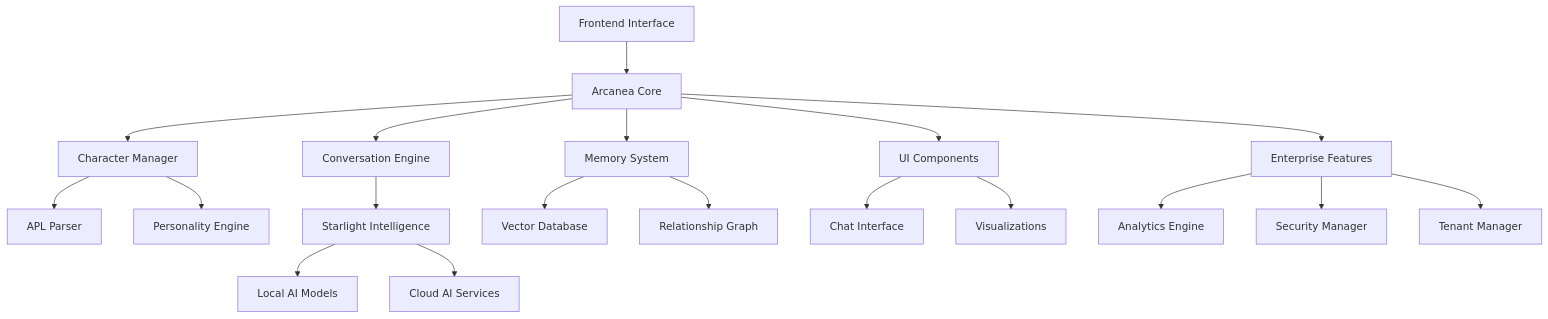
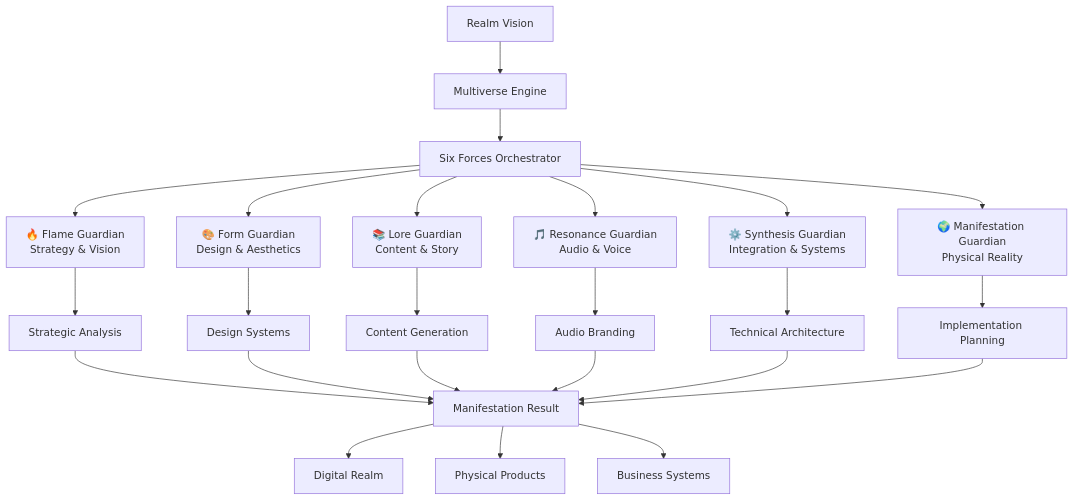
Before and after one commit to frankxai/arcanea-core: the diagram in packages/docs/src/README.md, drawn with Mermaid. The commit also changed other lines of this file and 64 other files, not shown here.

````diff
--- a/packages/docs/src/README.md
+++ b/packages/docs/src/README.md
@@ -73,26 +95,30 @@
 ```mermaid
 graph TB
-    A[Frontend Interface] --> B[Arcanea Core]
-    B --> C[Character Manager]
-    B --> D[Conversation Engine]
-    B --> E[Memory System]
+    A[Realm Vision] --> B[Multiverse Engine]
+    B --> C[Six Forces Orchestrator]
     
-    C --> F[APL Parser]
-    C --> G[Personality Engine]
+    C --> D[🔥 Flame Guardian<br/>Strategy & Vision]
+    C --> E[🎨 Form Guardian<br/>Design & Aesthetics]
+    C --> F[📚 Lore Guardian<br/>Content & Story]
+    C --> G[🎵 Resonance Guardian<br/>Audio & Voice]
+    C --> H[⚙️ Synthesis Guardian<br/>Integration & Systems]
+    C --> I[🌍 Manifestation Guardian<br/>Physical Reality]
     
-    D --> H[Starlight Intelligence]
-    H --> I[Local AI Models]
-    H --> J[Cloud AI Services]
+    D --> J[Strategic Analysis]
+    E --> K[Design Systems]
+    F --> L[Content Generation]
+    G --> M[Audio Branding]
+    H --> N[Technical Architecture]
+    I --> O[Implementation Planning]
     
-    E --> K[Vector Database]
-    E --> L[Relationship Graph]
+    J --> P[Manifestation Result]
+    K --> P
+    L --> P
+    M --> P
+    N --> P
+    O --> P
     
-    B --> M[UI Components]
-    M --> N[Chat Interface]
-    M --> O[Visualizations]
-    
-    B --> P[Enterprise Features]
-    P --> Q[Analytics Engine]
-    P --> R[Security Manager]
-    P --> S[Tenant Manager]
+    P --> Q[Digital Realm]
+    P --> R[Physical Products]
+    P --> S[Business Systems]
 ```
````
